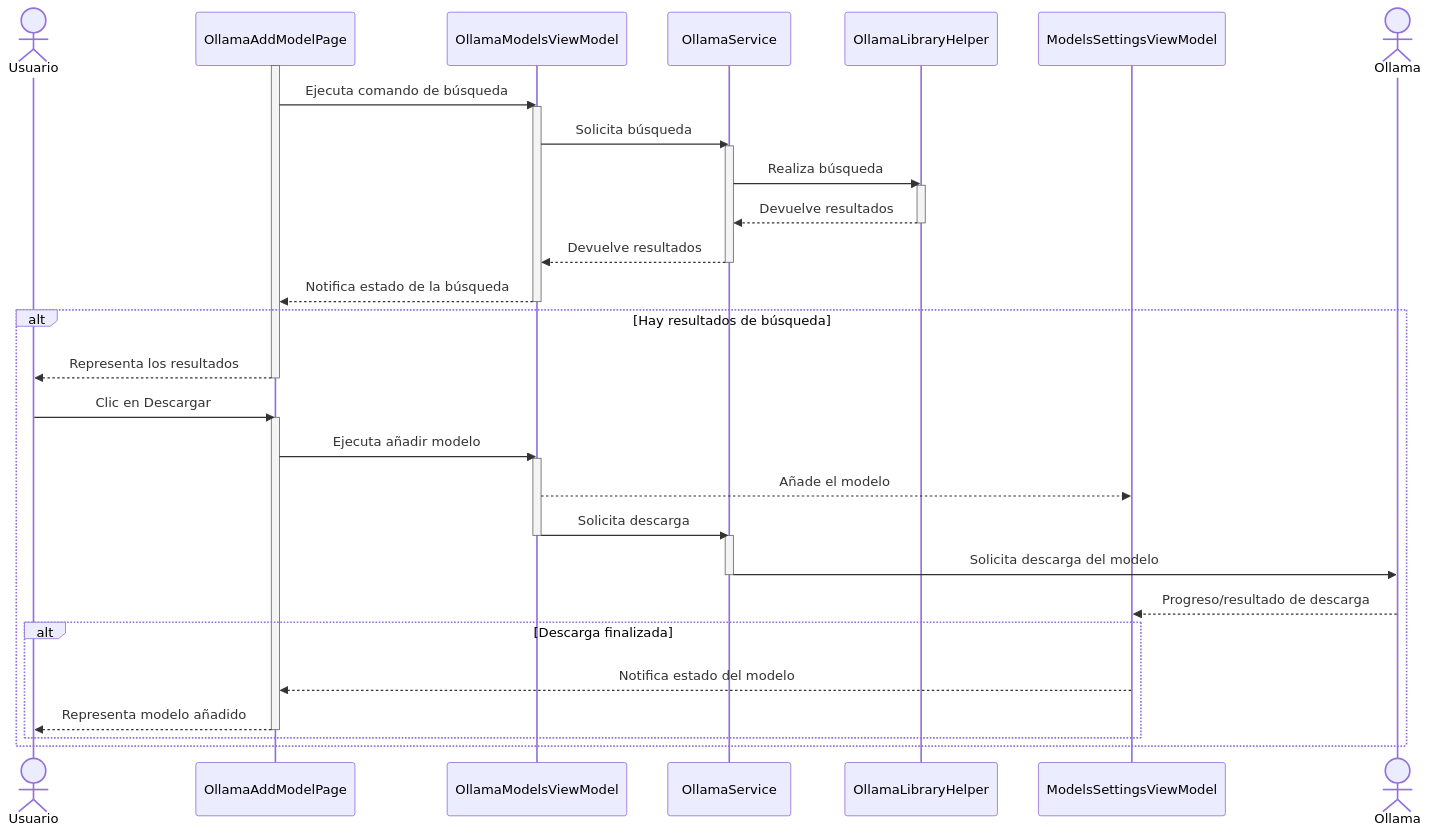
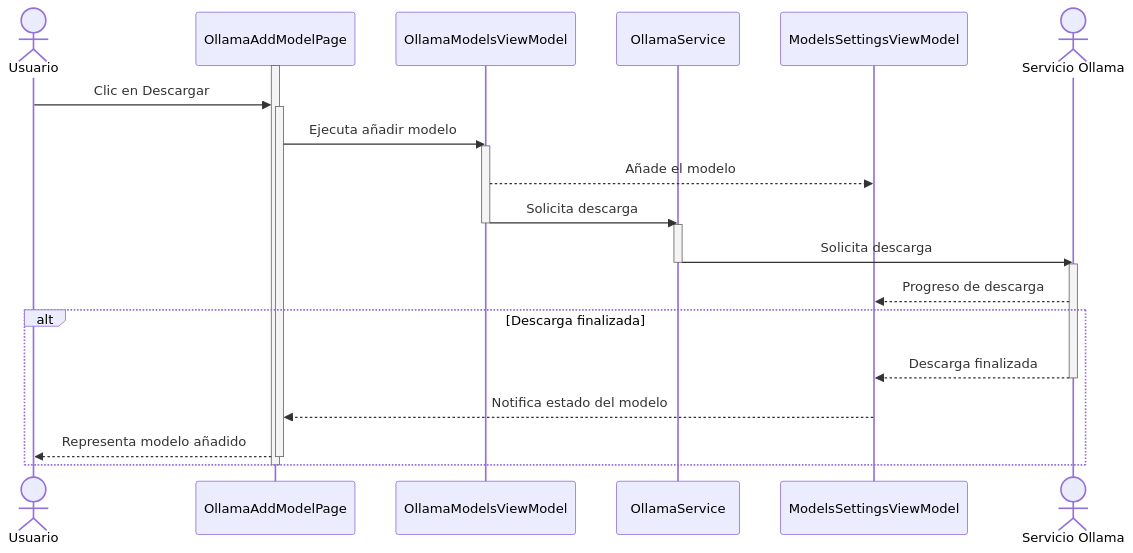
Before and after one commit to bcgrillo/powerpad: the fifth of 7 diagrams in Wiki/12. Ejemplos de Uso y Flujos de Trabajo.md, drawn with Mermaid. The commit also changed other lines of this file, not shown here.

````diff
--- a/Wiki/12. Ejemplos de Uso y Flujos de Trabajo.md
+++ b/Wiki/12. Ejemplos de Uso y Flujos de Trabajo.md
@@ -209,45 +254,32 @@
 ```mermaid
 sequenceDiagram
     actor U as Usuario
     participant OAMP as OllamaAddModelPage
     participant OMVM as OllamaModelsViewModel
     participant OS as OllamaService
-    participant OLH as OllamaLibraryHelper
     participant MSVM as ModelsSettingsViewModel
-    actor OLL as Ollama
+    actor OLL as Servicio Ollama
 
-    activate OAMP
-    OAMP->>OMVM: Ejecuta comando de búsqueda
-    activate OMVM
-    OMVM->>OS: Solicita búsqueda
-    activate OS
-    OS->>OLH: Realiza búsqueda
-    activate OLH
-    OLH-->>OS: Devuelve resultados
-    deactivate OLH
-    OS-->>OMVM: Devuelve resultados
-    deactivate OS
-    OMVM-->>OAMP: Notifica estado de la búsqueda
-    deactivate OMVM
-    alt Hay resultados de búsqueda
-        OAMP-->>U: Representa los resultados
-        deactivate OAMP
+        activate OAMP
         U->>OAMP: Clic en Descargar
         activate OAMP
         OAMP->>OMVM: Ejecuta añadir modelo
         activate OMVM
         OMVM-->>MSVM: Añade el modelo
         OMVM->>OS: Solicita descarga
         activate OS
         deactivate OMVM
-        OS->>OLL: Solicita descarga del modelo
+        OS->>OLL: Solicita descarga
+        activate OLL
         deactivate OS
-        OLL-->>MSVM: Progreso/resultado de descarga
+        OLL-->>MSVM: Progreso de descarga
 
         alt Descarga finalizada
+            OLL-->>MSVM: Descarga finalizada
+            deactivate OLL
             MSVM-->>OAMP: Notifica estado del modelo
             OAMP-->>U: Representa modelo añadido
             deactivate OAMP
         end
-    end
+        deactivate OAMP
 ```
````
